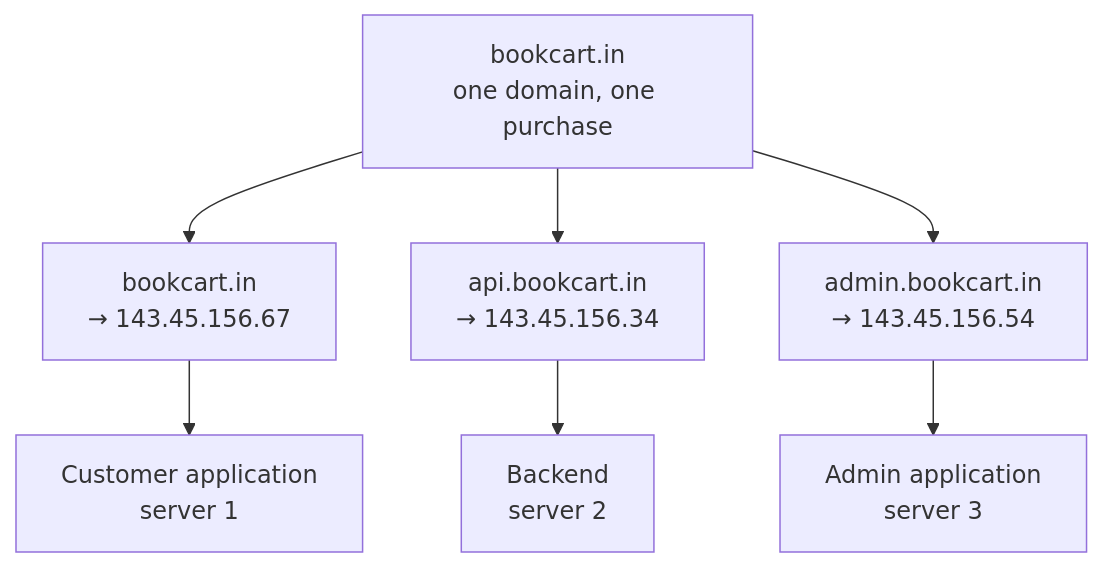
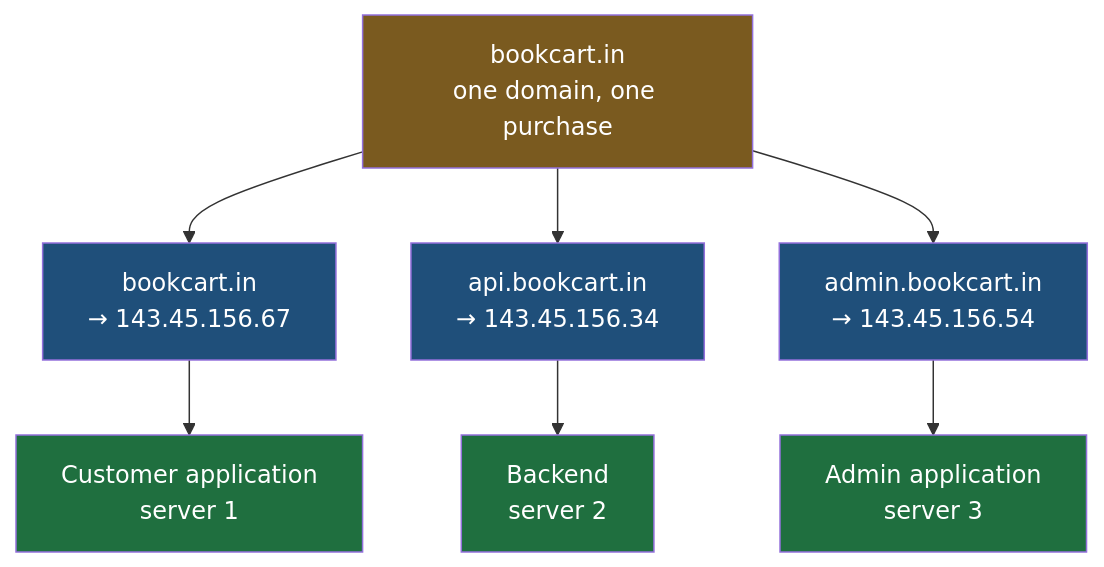
One commit to Dummy-Bug/system-design-handbook changed the first of 6 diagrams in Devops/04-Networking/05-DNS-Records.md. Above: the diagram before and after it, drawn with Mermaid. The commit also changed other lines of this file and 53 other files, not shown here.

````diff
--- a/Devops/04-Networking/05-DNS-Records.md
+++ b/Devops/04-Networking/05-DNS-Records.md
@@ -79,9 +79,16 @@
 ```mermaid
 flowchart TD
     D["bookcart.in<br/>one domain, one purchase"] --> S1["bookcart.in<br/>→ 143.45.156.67"]
     D --> S2["api.bookcart.in<br/>→ 143.45.156.34"]
     D --> S3["admin.bookcart.in<br/>→ 143.45.156.54"]
     S1 --> M1["Customer application<br/>server 1"]
     S2 --> M2["Backend<br/>server 2"]
     S3 --> M3["Admin application<br/>server 3"]
+    style D fill:#7a5a1f,color:#fff
+    style S1 fill:#1f4f7a,color:#fff
+    style S2 fill:#1f4f7a,color:#fff
+    style S3 fill:#1f4f7a,color:#fff
+    style M1 fill:#1f6f3f,color:#fff
+    style M2 fill:#1f6f3f,color:#fff
+    style M3 fill:#1f6f3f,color:#fff
 ```
````
